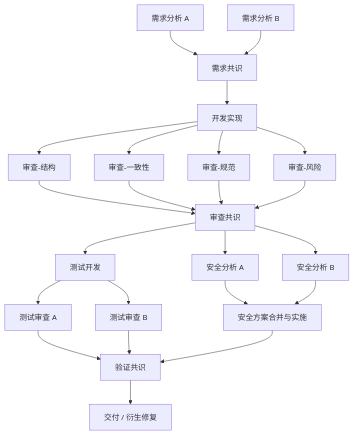
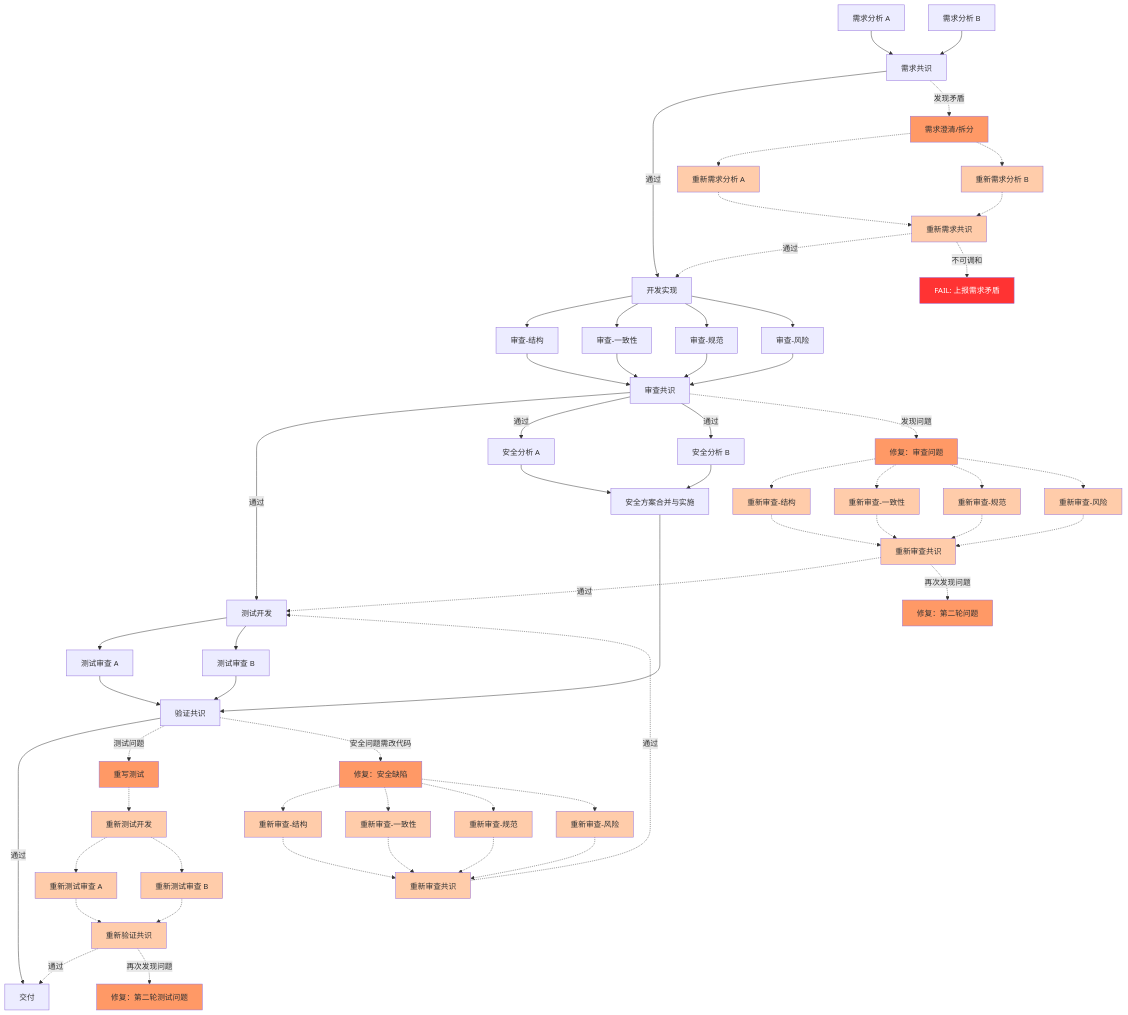
Before and after one commit to YoungY620/Kerrigan: the diagram in shared/guide-software-development.md, drawn with Mermaid. The commit also changed other lines of this file and 3 other files, not shown here.

````diff
--- a/shared/guide-software-development.md
+++ b/shared/guide-software-development.md
@@ -74,7 +103,7 @@
 graph TD
     RA[需求分析 A] --> RC[需求共识]
     RB[需求分析 B] --> RC
-    RC --> DEV[开发实现]
+    RC -->|通过| DEV[开发实现]
     DEV --> CR1[审查-结构]
     DEV --> CR2[审查-一致性]
     DEV --> CR3[审查-规范]
@@ -83,9 +112,9 @@
     CR2 --> CRC
     CR3 --> CRC
     CR4 --> CRC
-    CRC --> TEST[测试开发]
-    CRC --> SA1[安全分析 A]
-    CRC --> SA2[安全分析 B]
+    CRC -->|通过| TEST[测试开发]
+    CRC -->|通过| SA1[安全分析 A]
+    CRC -->|通过| SA2[安全分析 B]
     TEST --> TR1[测试审查 A]
     TEST --> TR2[测试审查 B]
     SA1 --> SAC[安全方案合并与实施]
@@ -93,5 +122,75 @@
     TR1 --> VC[验证共识]
     TR2 --> VC
     SAC --> VC
-    VC --> SHIP[交付 / 衍生修复]
+    VC -->|通过| SHIP[交付]
+
+    %% 需求共识发现矛盾 → fail 上报或衍生需求澄清
+    RC -.->|发现矛盾| RCFIX[需求澄清/拆分]
+    RCFIX -.-> RA2[重新需求分析 A]
+    RCFIX -.-> RB2[重新需求分析 B]
+    RA2 -.-> RC2[重新需求共识]
+    RB2 -.-> RC2
+    RC2 -.->|通过| DEV
+    RC2 -.->|不可调和| RCFAIL[FAIL: 上报需求矛盾]
+
+    style RCFIX fill:#f96
+    style RA2 fill:#fca
+    style RB2 fill:#fca
+    style RC2 fill:#fca
+    style RCFAIL fill:#f33,color:#fff
+
+    %% 审查发现问题 → 衍生修复 → 全量重新审查
+    CRC -.->|发现问题| FIX[修复：审查问题]
+    FIX -.-> CR1R[重新审查-结构]
+    FIX -.-> CR2R[重新审查-一致性]
+    FIX -.-> CR3R[重新审查-规范]
+    FIX -.-> CR4R[重新审查-风险]
+    CR1R -.-> CRCR[重新审查共识]
+    CR2R -.-> CRCR
+    CR3R -.-> CRCR
+    CR4R -.-> CRCR
+    CRCR -.->|通过| TEST
+    CRCR -.->|再次发现问题| FIX2[修复：第二轮问题]
+
+    %% 测试审查发现问题（假测试/无效断言/遗漏场景）→ 重写测试 → 全量重新审查
+    VC -.->|测试问题| TFIX[重写测试]
+    TFIX -.-> TFIX_TEST[重新测试开发]
+    TFIX_TEST -.-> TR1R[重新测试审查 A]
+    TFIX_TEST -.-> TR2R[重新测试审查 B]
+    TR1R -.-> VCR[重新验证共识]
+    TR2R -.-> VCR
+    VCR -.->|通过| SHIP
+    VCR -.->|再次发现问题| TFIX2[修复：第二轮测试问题]
+
+    %% 安全分析发现严重问题 → 需要修改代码 → 回到开发+全量重新审查
+    VC -.->|安全问题需改代码| SFIX[修复：安全缺陷]
+    SFIX -.-> CR1S[重新审查-结构]
+    SFIX -.-> CR2S[重新审查-一致性]
+    SFIX -.-> CR3S[重新审查-规范]
+    SFIX -.-> CR4S[重新审查-风险]
+    CR1S -.-> CRCS[重新审查共识]
+    CR2S -.-> CRCS
+    CR3S -.-> CRCS
+    CR4S -.-> CRCS
+    CRCS -.->|通过| TEST
+
+    style FIX fill:#f96
+    style FIX2 fill:#f96
+    style TFIX fill:#f96
+    style TFIX2 fill:#f96
+    style TFIX_TEST fill:#fca
+    style SFIX fill:#f96
+    style CR1S fill:#fca
+    style CR2S fill:#fca
+    style CR3S fill:#fca
+    style CR4S fill:#fca
+    style CRCS fill:#fca
+    style CR1R fill:#fca
+    style CR2R fill:#fca
+    style CR3R fill:#fca
+    style CR4R fill:#fca
+    style CRCR fill:#fca
+    style TR1R fill:#fca
+    style TR2R fill:#fca
+    style VCR fill:#fca
 ```
````
